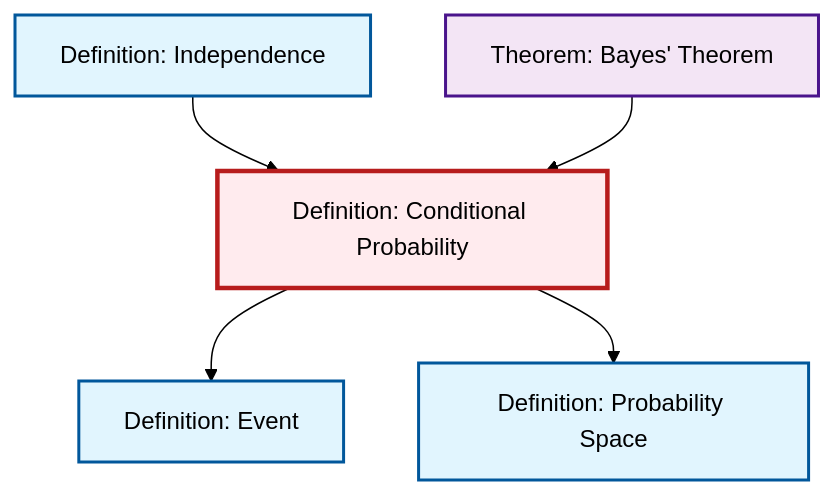
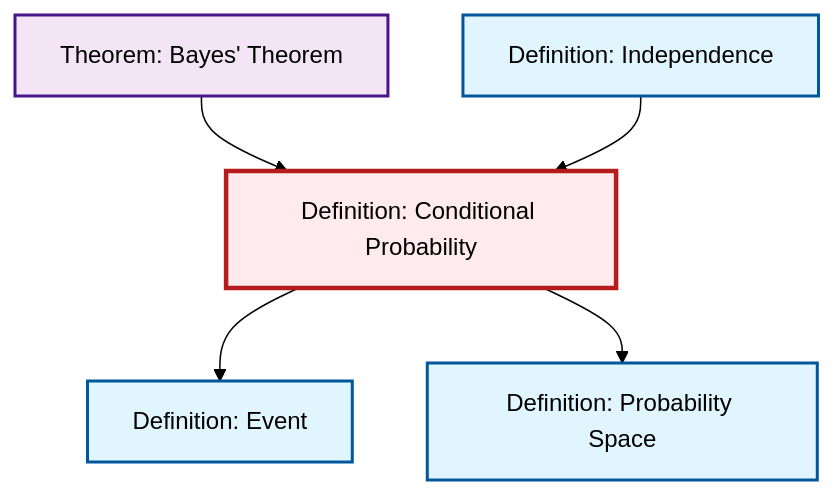
One commit to RK0429/ModernMath changed the diagram in content/en/probability-statistics/def-conditional-probability.qmd. Above: the diagram before and after it, drawn with Mermaid (forest theme). The commit also changed other lines of this file and 615 other files, not shown here.

````diff
--- a/content/en/probability-statistics/def-conditional-probability.qmd
+++ b/content/en/probability-statistics/def-conditional-probability.qmd
@@ -69,23 +69,23 @@
 ```{mermaid}
 %%| fig-cap: "Local dependency graph"
 graph TD
     classDef definition fill:#e1f5fe,stroke:#01579b,stroke-width:2px
     classDef theorem fill:#f3e5f5,stroke:#4a148c,stroke-width:2px
     classDef axiom fill:#fff3e0,stroke:#e65100,stroke-width:2px
     classDef example fill:#e8f5e9,stroke:#1b5e20,stroke-width:2px
     classDef current fill:#ffebee,stroke:#b71c1c,stroke-width:3px
+    def-independence["Definition: Independence"]:::definition
+    def-probability-space["Definition: Probability Space"]:::definition
     def-event["Definition: Event"]:::definition
-    def-probability-space["Definition: Probability Space"]:::definition
+    thm-bayes["Theorem: Bayes' Theorem"]:::theorem
     def-conditional-probability["Definition: Conditional Probability"]:::definition
-    def-independence["Definition: Independence"]:::definition
-    thm-bayes["Theorem: Bayes' Theorem"]:::theorem
+    thm-bayes --> def-conditional-probability
     def-independence --> def-conditional-probability
-    thm-bayes --> def-conditional-probability
     def-conditional-probability --> def-event
     def-conditional-probability --> def-probability-space
     class def-conditional-probability current
+    click def-independence "def-independence.html" "Go to Independence definition"
+    click def-probability-space "def-probability-space.html" "Go to Probability Space definition"
     click def-event "def-event.html" "Go to Event definition"
-    click def-probability-space "def-probability-space.html" "Go to Probability Space definition"
-    click def-independence "def-independence.html" "Go to Independence definition"
     click thm-bayes "thm-bayes.html" "Go to Bayes' Theorem theorem"
 ```
````
